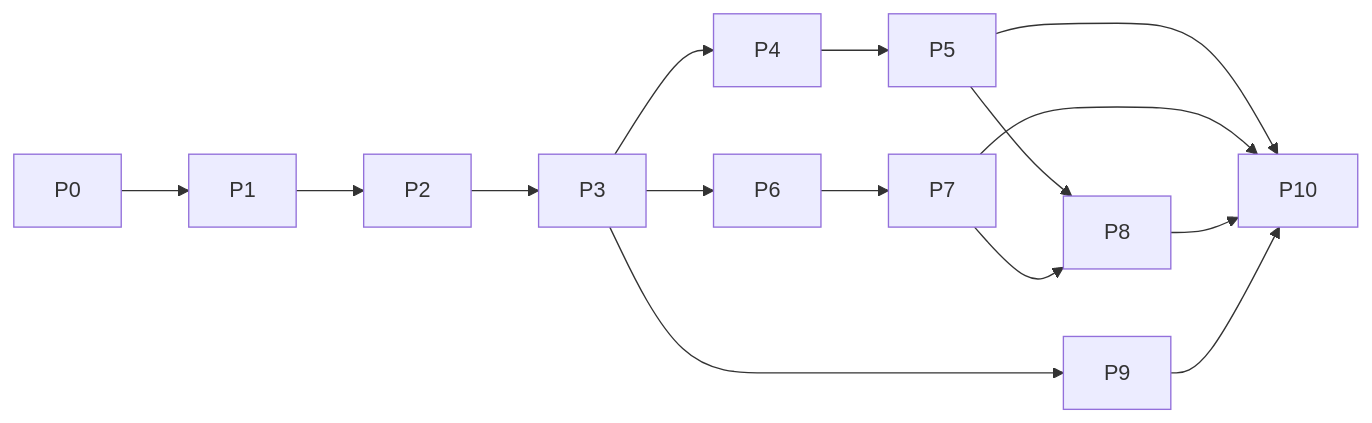
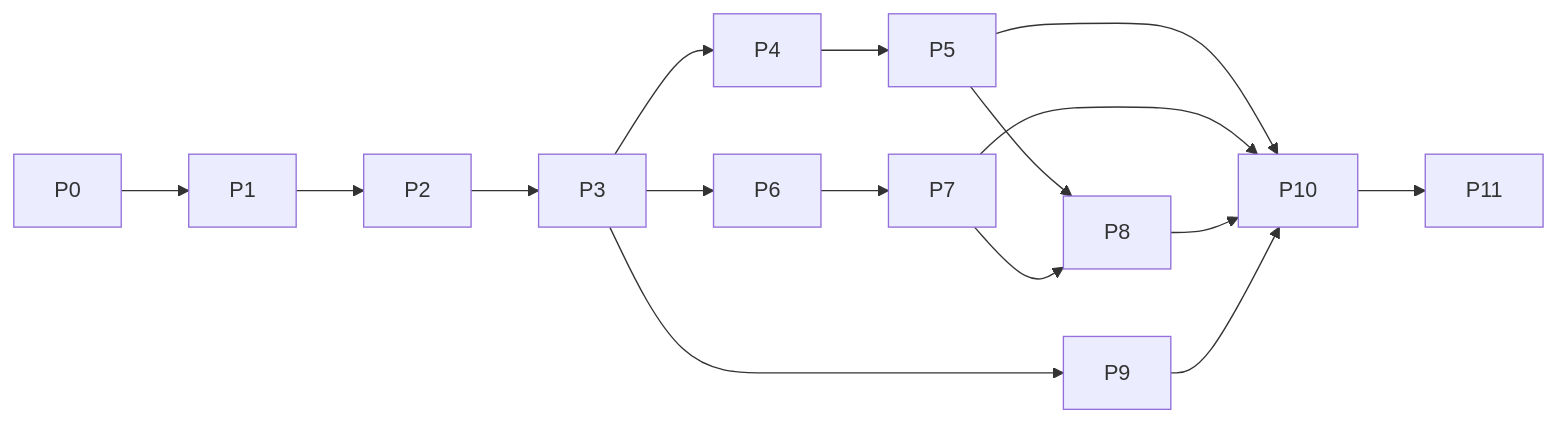
The diagram in docs/reports/brainstorm-flutter-parity-with-rn.md (SU-KY-001/su-ky-mobile-flutter), drawn with Mermaid before and after one commit. The commit also changed other lines of this file and 7 other files, not shown here.

````diff
--- a/docs/reports/brainstorm-flutter-parity-with-rn.md
+++ b/docs/reports/brainstorm-flutter-parity-with-rn.md
@@ -47,8 +48,8 @@
 ```mermaid
 flowchart LR
   P0 --> P1 --> P2 --> P3 --> P4 --> P5
   P3 --> P6 --> P7
   P5 & P7 --> P8
   P3 --> P9
-  P5 & P7 & P8 & P9 --> P10
+  P5 & P7 & P8 & P9 --> P10 --> P11
 ```
````
